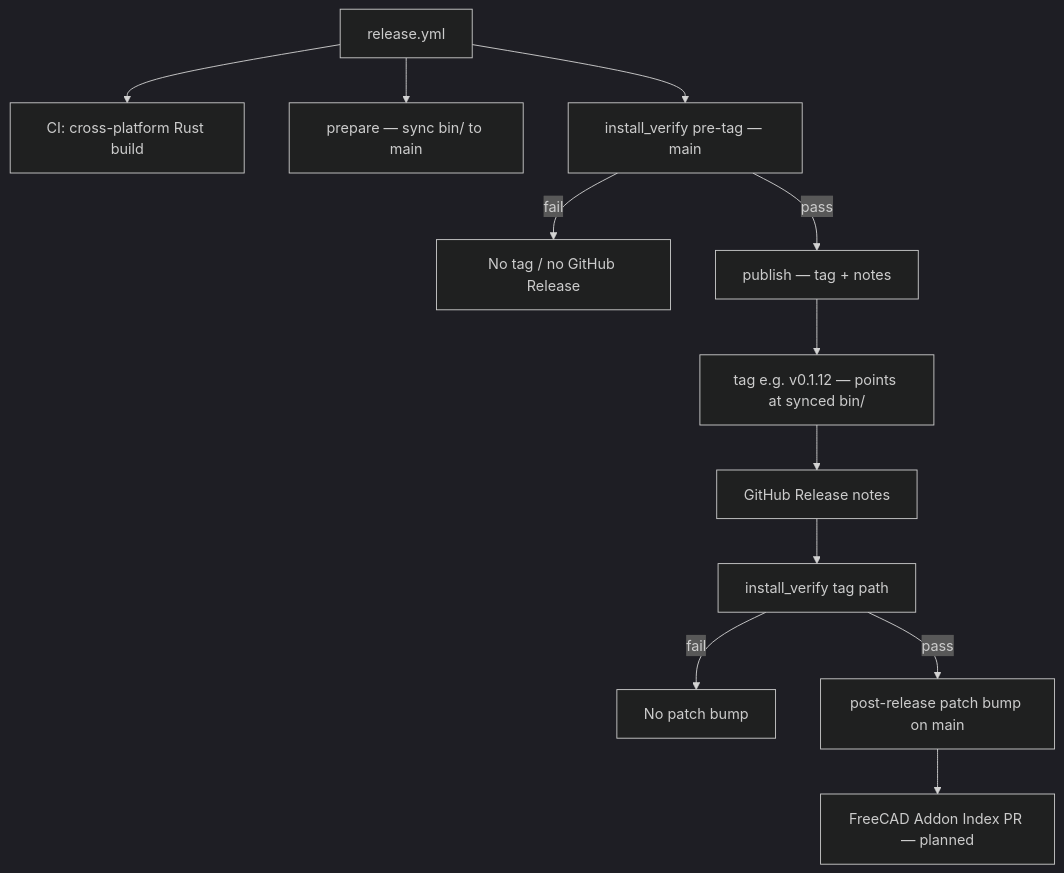
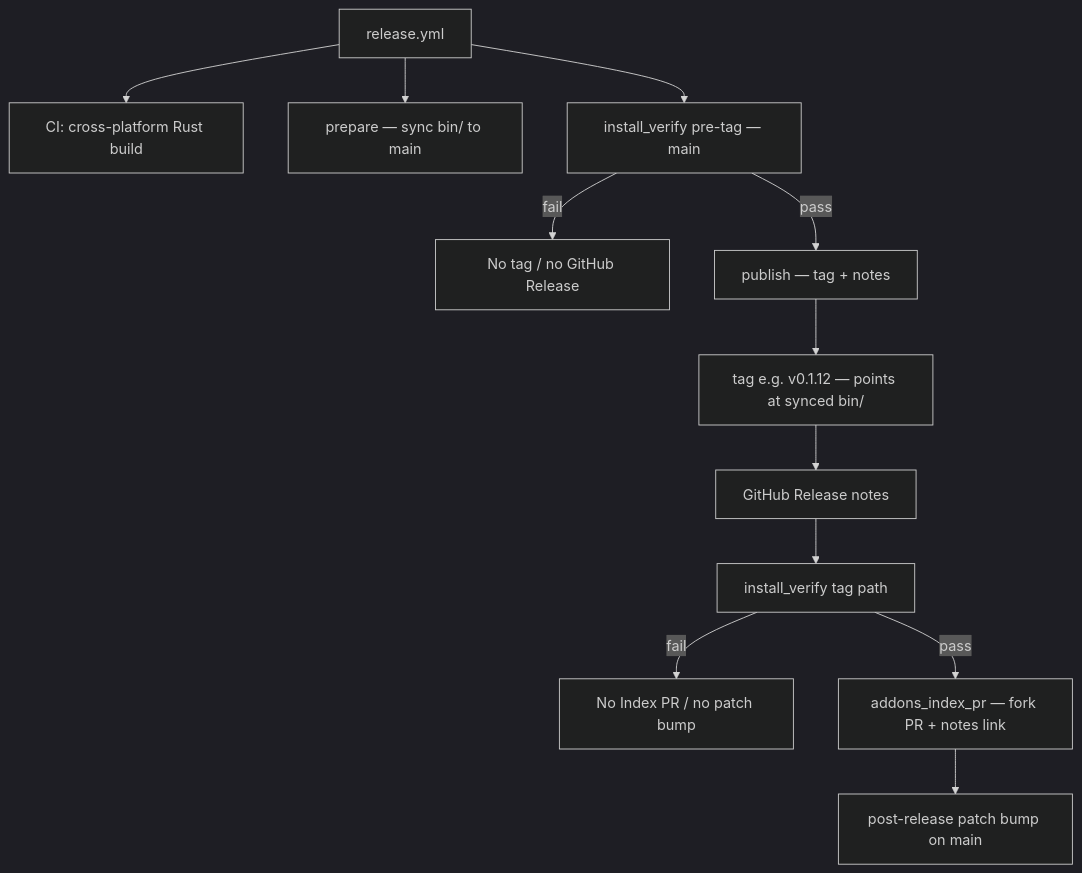
One commit to CREATeNG/freecad-mcp-bridge changed the first of 2 diagrams in MAINTAINING.md. Above: the diagram before and after it, drawn with Mermaid (dark theme). The commit also changed other lines of this file and 3 other files, not shown here.

First line of the commit message:
Automate FreeCAD Addon Index PR from release workflow

````diff
--- a/MAINTAINING.md
+++ b/MAINTAINING.md
@@ -72,15 +72,15 @@
 ```mermaid
 flowchart TD
   R[release.yml]
   R --> build[CI: cross-platform Rust build]
   R --> prep[prepare — sync bin/ to main]
   R --> verify[install_verify pre-tag — main]
   verify -->|fail| stop[No tag / no GitHub Release]
   verify -->|pass| pub[publish — tag + notes]
   pub --> tag[tag e.g. v0.1.12 — points at synced bin/]
   tag --> gh[GitHub Release notes]
   gh --> postverify[install_verify tag path]
-  postverify -->|fail| stop2[No patch bump]
-  postverify -->|pass| zbump[post-release patch bump on main]
-  zbump --> index[FreeCAD Addon Index PR — planned]
+  postverify -->|fail| stop2[No Index PR / no patch bump]
+  postverify -->|pass| indexpr[addons_index_pr — fork PR + notes link]
+  indexpr --> zbump[post-release patch bump on main]
 ```
````
